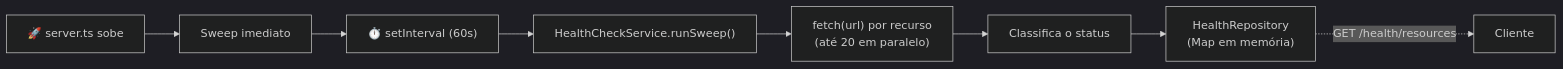
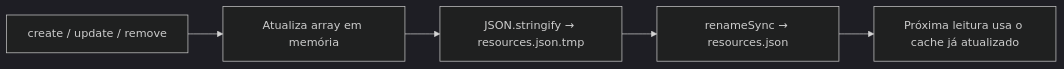
The fourth of 4 diagrams in README.md (alanerochaa/buni-hub-api), drawn with Mermaid (dark theme) before and after one commit. The commit also changed other lines of this file and 23 other files, not shown here.

````diff
--- a/README.md
+++ b/README.md
@@ -181,10 +351,7 @@
 ```mermaid
 flowchart LR
-    Boot["🚀 server.ts sobe"] --> Sweep0["Sweep imediato"]
-    Sweep0 --> Loop["⏱️ setInterval (60s)"]
-    Loop --> Sweep["HealthCheckService.runSweep()"]
-    Sweep --> Fetch["fetch(url) por recurso<br/>(até 20 em paralelo)"]
-    Fetch --> Classify["Classifica o status"]
-    Classify --> Store["HealthRepository<br/>(Map em memória)"]
-    Store -.->|GET /health/resources| Cliente
+    A["create / update / remove"] --> B["Atualiza array em memória"]
+    B --> C["JSON.stringify → resources.json.tmp"]
+    C --> D["renameSync → resources.json"]
+    D --> E["Próxima leitura usa o cache já atualizado"]
 ```
````
